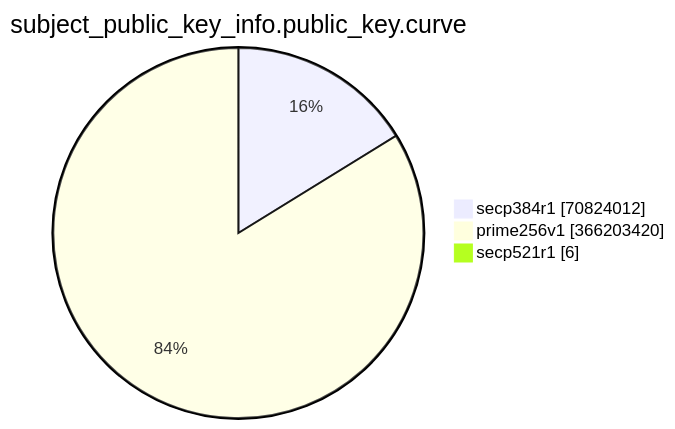
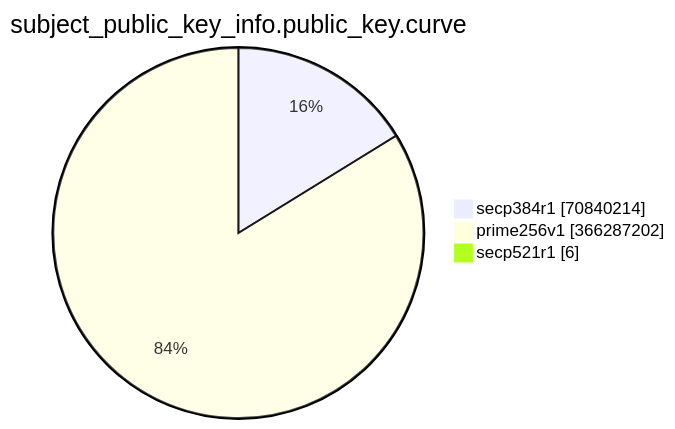
The eighth of 15 diagrams in TOTAL/README.md (christiankrug/ctmonitor_visualization), drawn with Mermaid before and after one commit. The commit also changed other lines of this file, not shown here.

````diff
--- a/TOTAL/README.md
+++ b/TOTAL/README.md
@@ -3092,7 +3092,7 @@
 ```mermaid
 pie showData
 title subject_public_key_info.public_key.curve
-"secp384r1" :70824012
-"prime256v1" :366203420
+"secp384r1" :70840214
+"prime256v1" :366287202
 "secp521r1" :6
 ```
````
